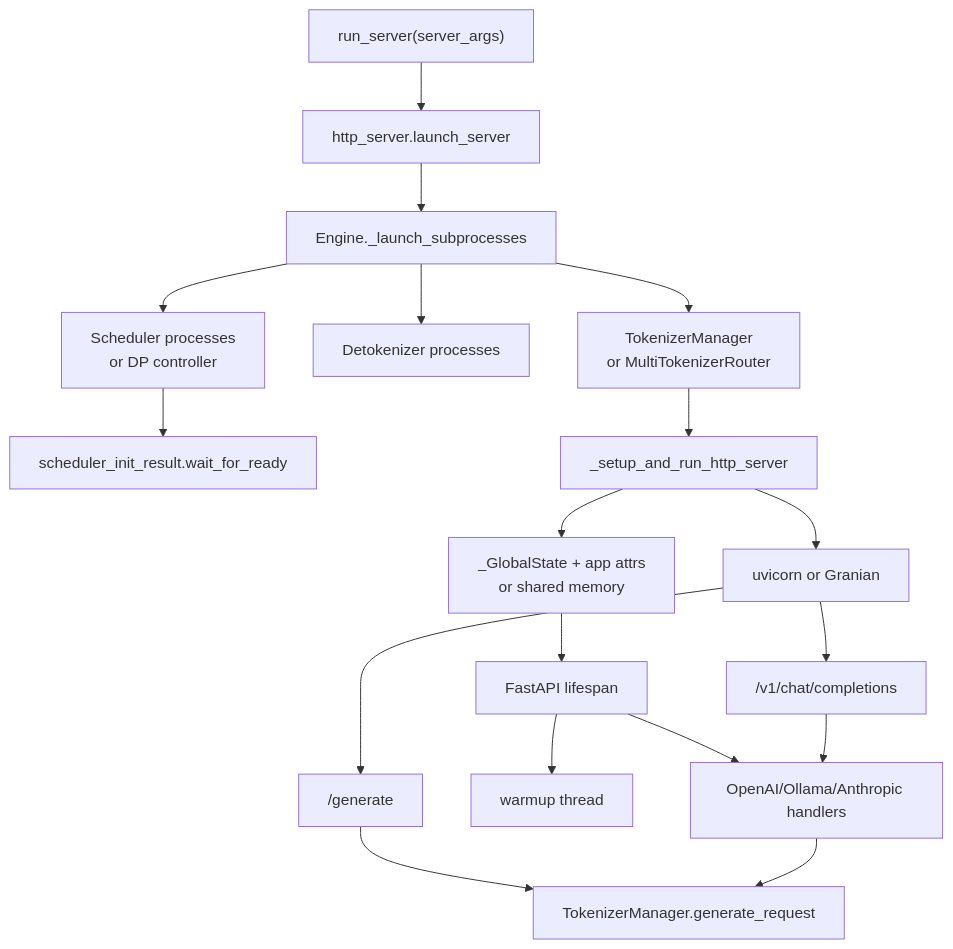
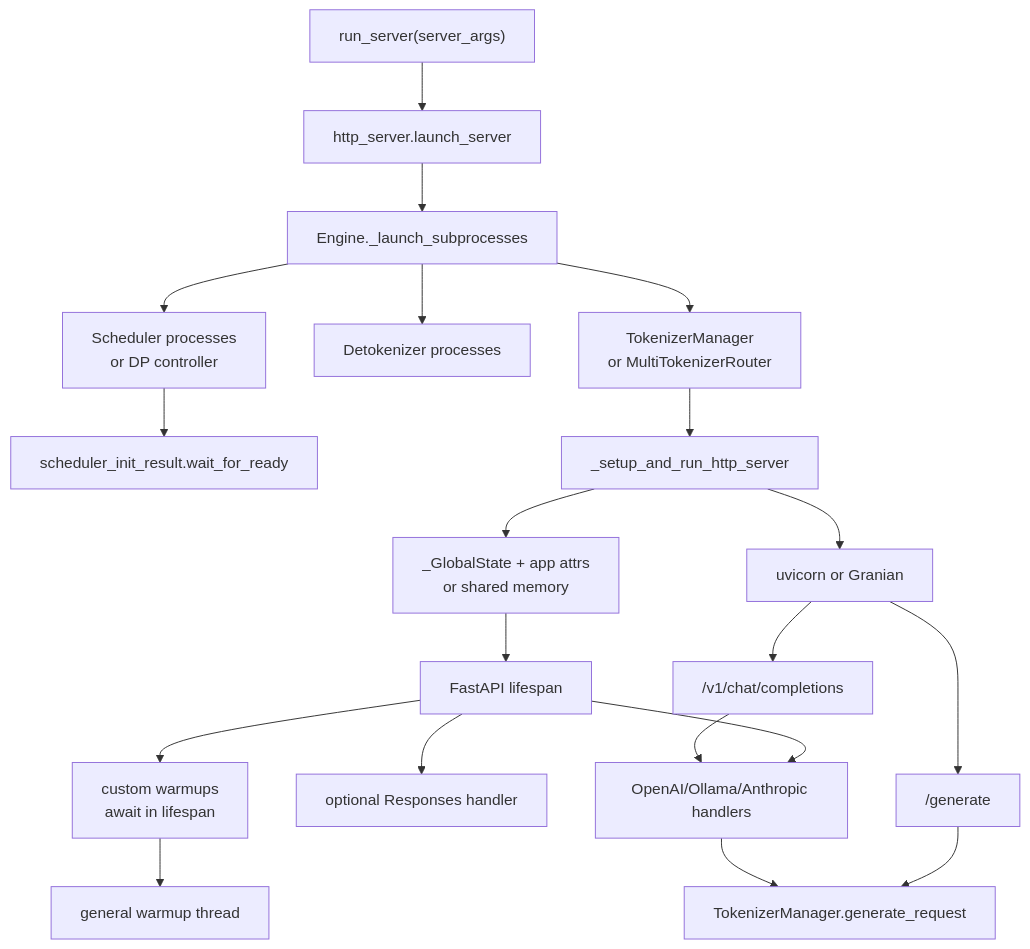
The diagram in sglang_reading/启动与入口/HTTP-Server/SGLang-HTTP-Server-源码走读.md (OnlyHero5/sglang-reading-vault), drawn with Mermaid before and after one commit. The commit also changed other lines of this file and 512 other files, not shown here.

````diff
--- a/sglang_reading/启动与入口/HTTP-Server/SGLang-HTTP-Server-源码走读.md
+++ b/sglang_reading/启动与入口/HTTP-Server/SGLang-HTTP-Server-源码走读.md
@@ -42,20 +42,22 @@
 ```mermaid
 flowchart TD
  A["run_server(server_args)"] --> B["http_server.launch_server"]
  B --> C["Engine._launch_subprocesses"]
  C --> D["Scheduler processes<br/>or DP controller"]
  C --> E["Detokenizer processes"]
  C --> F["TokenizerManager<br/>or MultiTokenizerRouter"]
  D --> G["scheduler_init_result.wait_for_ready"]
  F --> H["_setup_and_run_http_server"]
  H --> I["_GlobalState + app attrs<br/>or shared memory"]
  I --> J["FastAPI lifespan"]
  J --> K["OpenAI/Ollama/Anthropic handlers"]
- J --> L["warmup thread"]
+ J --> R["optional Responses handler"]
+ J --> CUST["custom warmups<br/>await in lifespan"]
+ CUST --> L["general warmup thread"]
  H --> M["uvicorn or Granian"]
  M --> N["/generate"]
  M --> O["/v1/chat/completions"]
  N --> P["TokenizerManager.generate_request"]
  O --> K
  K --> P
 ```
````
